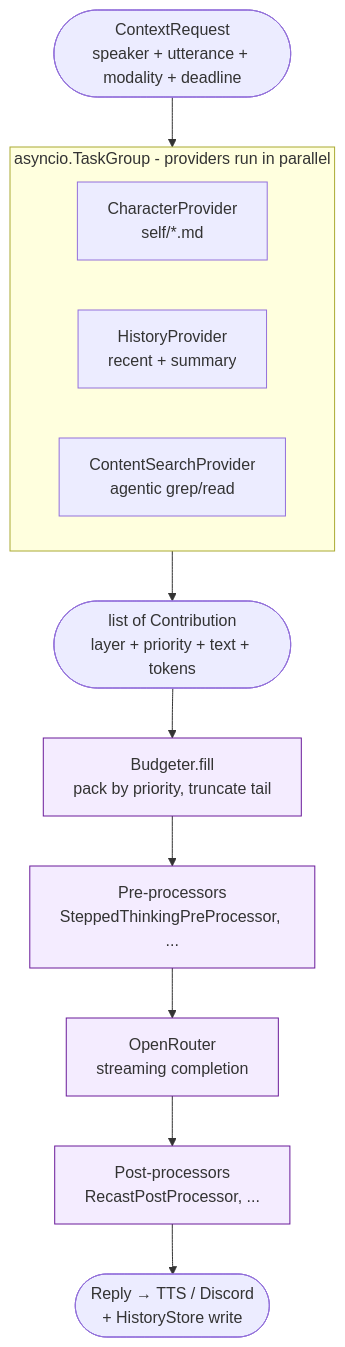
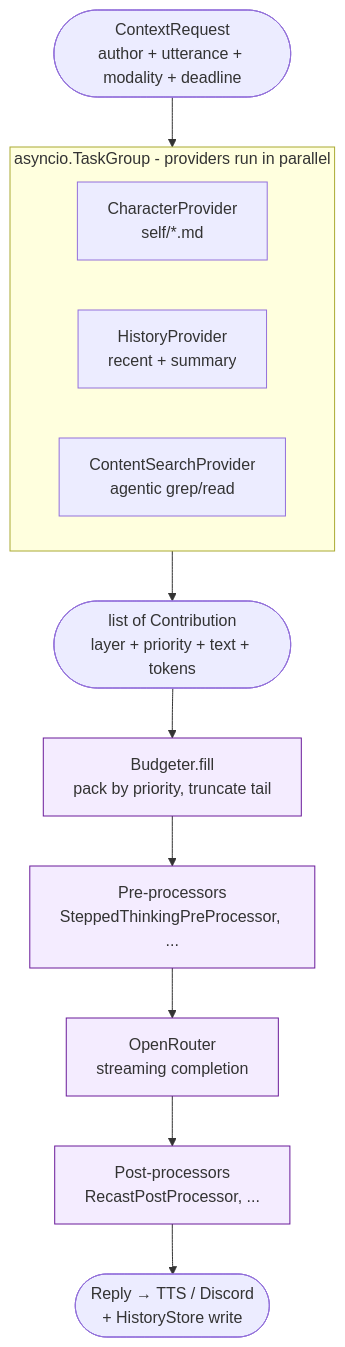
Before and after one commit to CorVous/Familiar-Connect: the first of 2 diagrams in docs/architecture/context-pipeline.md, drawn with Mermaid. The commit also changed other lines of this file and 43 other files, not shown here.

First line of the commit message:
Replace bare speaker strings with structured Author identity (#75)

````diff
--- a/docs/architecture/context-pipeline.md
+++ b/docs/architecture/context-pipeline.md
@@ -12,22 +12,22 @@
 ```mermaid
 flowchart TB
-    req([ContextRequest<br/>speaker + utterance + modality + deadline])
+    req([ContextRequest<br/>author + utterance + modality + deadline])
     req --> tg
 
     subgraph tg[asyncio.TaskGroup - providers run in parallel]
         direction LR
         char[CharacterProvider<br/>self/*.md]
         hist[HistoryProvider<br/>recent + summary]
         content[ContentSearchProvider<br/>agentic grep/read]
     end
 
     tg --> contribs([list of Contribution<br/>layer + priority + text + tokens])
     contribs --> budget[Budgeter.fill<br/>pack by priority, truncate tail]
     budget --> pre[Pre-processors<br/>SteppedThinkingPreProcessor, ...]
     pre --> llm[OpenRouter<br/>streaming completion]
     llm --> post[Post-processors<br/>RecastPostProcessor, ...]
     post --> out([Reply → TTS / Discord<br/>+ HistoryStore write])
 
     classDef phase fill:#f4ecff,stroke:#6a1b9a;
     class budget,pre,llm,post phase;
 ```
````
